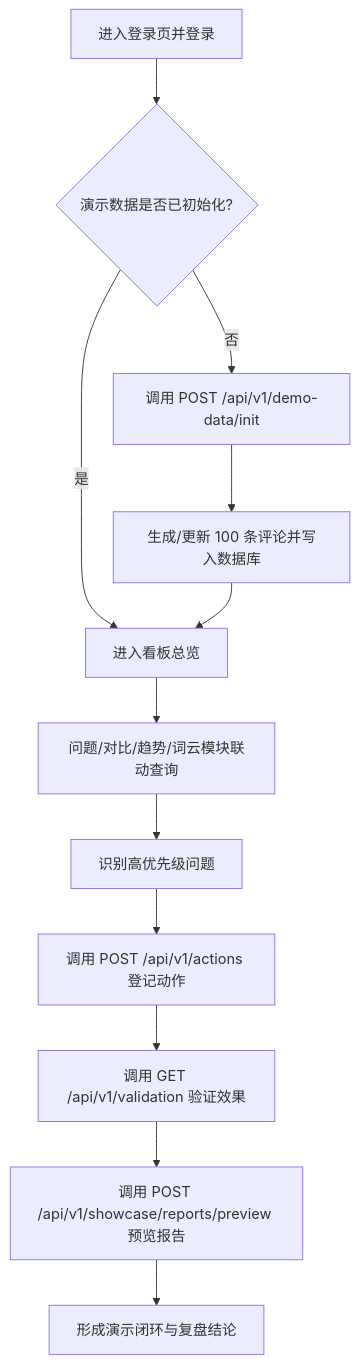
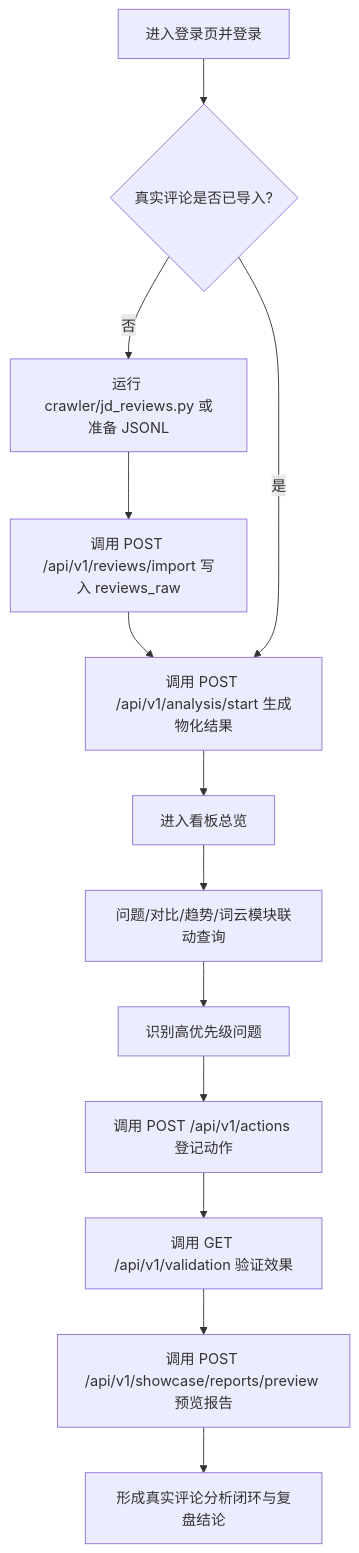
The diagram in docs/requirements/diagrams/flow-closed-loop.mmd (wxy123-wh/review-analyzer), drawn with Mermaid before and after one commit. The commit also changed 338 other files, not shown here.

First line of the commit message:
feat(voc): add real review analysis flow

```diff
--- a/docs/requirements/diagrams/flow-closed-loop.mmd
+++ b/docs/requirements/diagrams/flow-closed-loop.mmd
@@ -1,12 +1,13 @@
 flowchart TD
-    A["进入登录页并登录"] --> B{"演示数据是否已初始化?"}
-    B -- "否" --> C["调用 POST /api/v1/demo-data/init"]
-    C --> D["生成/更新 100 条评论并写入数据库"]
-    B -- "是" --> E["进入看板总览"]
-    D --> E
+    A["进入登录页并登录"] --> B{"真实评论是否已导入?"}
+    B -- "否" --> C["运行 crawler/jd_reviews.py 或准备 JSONL"]
+    C --> D["调用 POST /api/v1/reviews/import 写入 reviews_raw"]
+    D --> L["调用 POST /api/v1/analysis/start 生成物化结果"]
+    B -- "是" --> L
+    L --> E["进入看板总览"]
     E --> F["问题/对比/趋势/词云模块联动查询"]
     F --> G["识别高优先级问题"]
     G --> H["调用 POST /api/v1/actions 登记动作"]
     H --> I["调用 GET /api/v1/validation 验证效果"]
     I --> J["调用 POST /api/v1/showcase/reports/preview 预览报告"]
-    J --> K["形成演示闭环与复盘结论"]
+    J --> K["形成真实评论分析闭环与复盘结论"]
```
